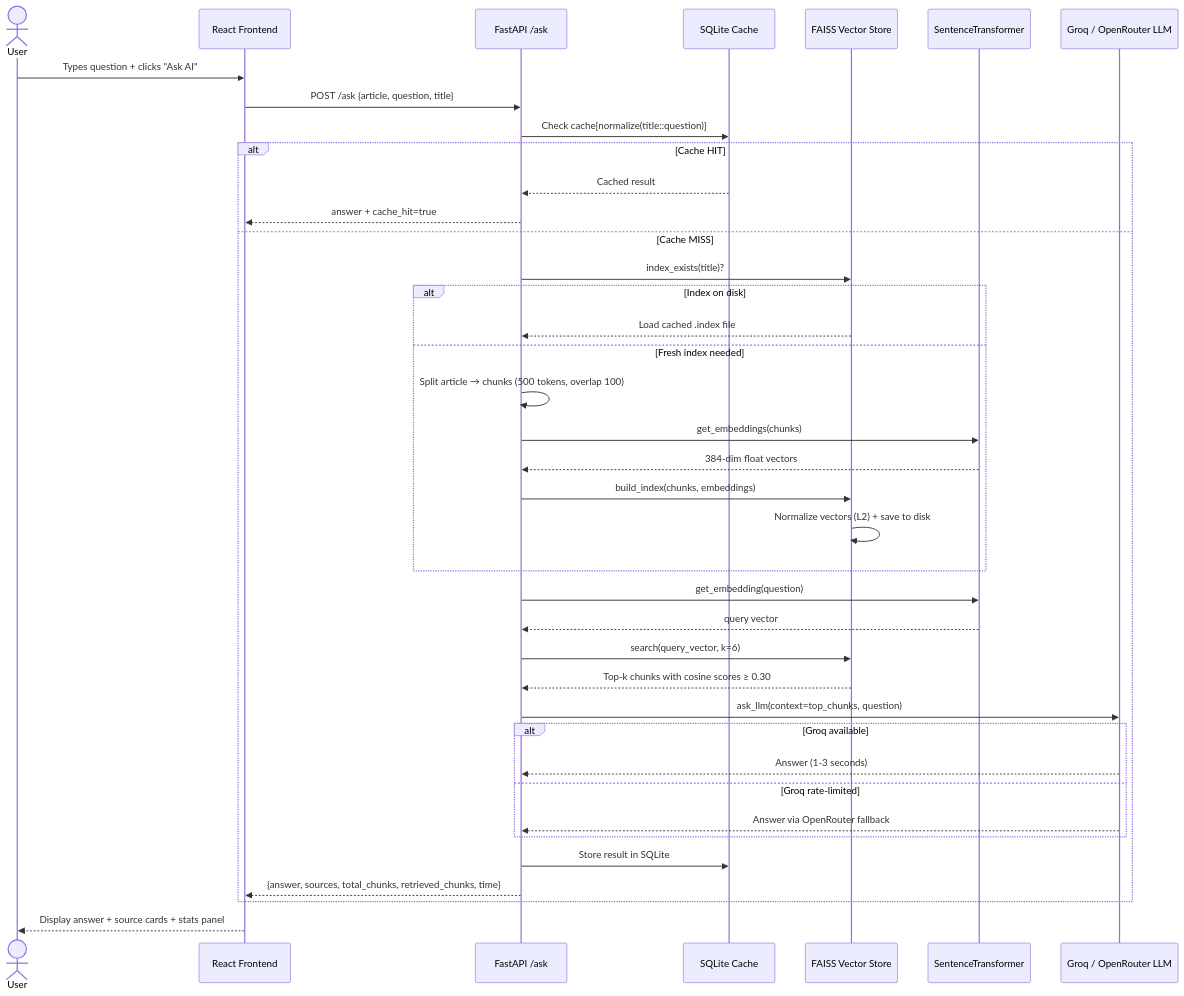
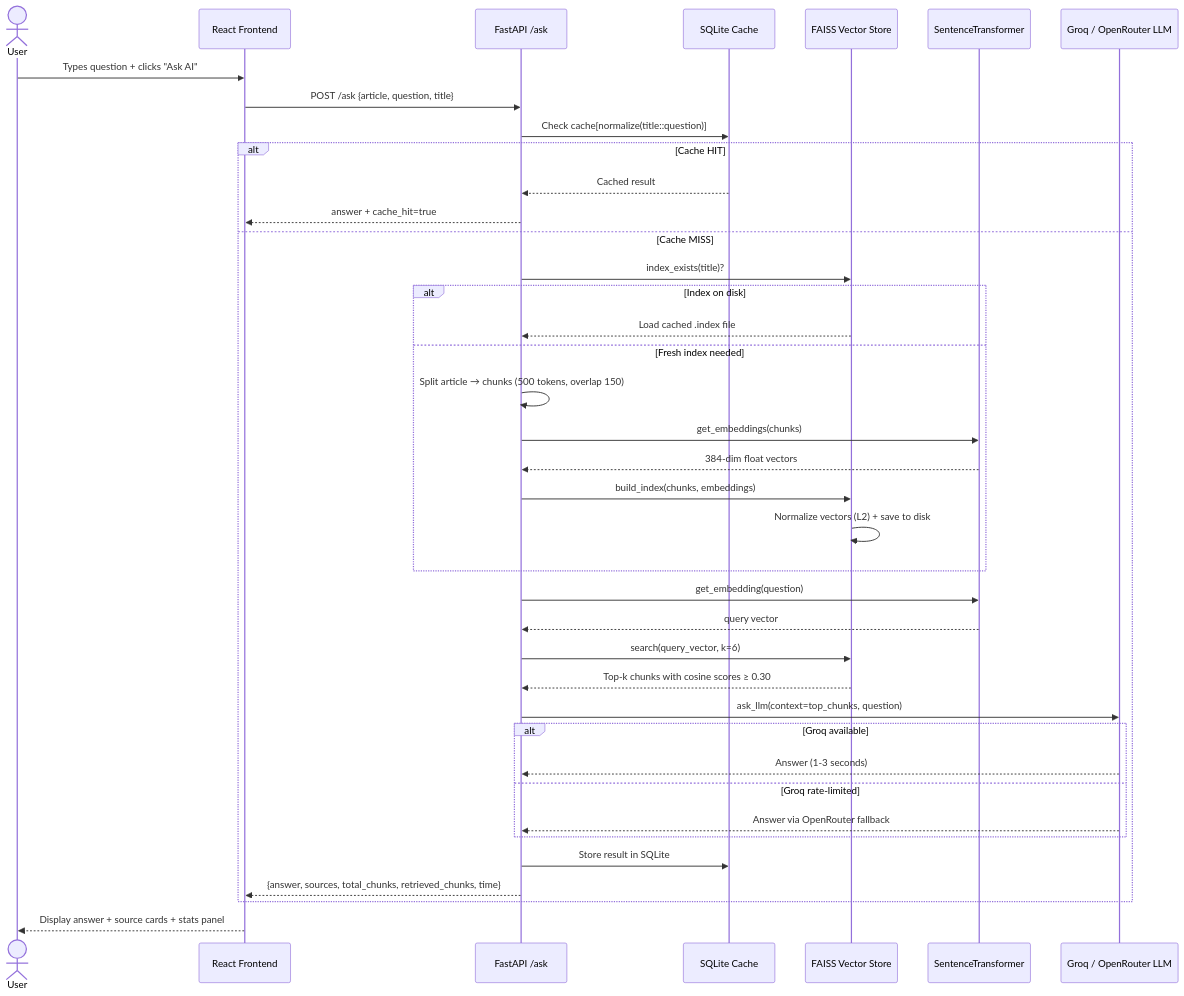
The second of 2 diagrams in README.md (sarthak102005/ai-wikipedia-rag), drawn with Mermaid before and after one commit. The commit also changed 27 other files, not shown here.

````diff
--- a/README.md
+++ b/README.md
@@ -155,42 +155,42 @@
 ```mermaid
 sequenceDiagram
     actor User
     participant React as React Frontend
     participant FastAPI as FastAPI /ask
     participant Cache as SQLite Cache
     participant FAISS as FAISS Vector Store
     participant Embed as SentenceTransformer
     participant LLM as Groq / OpenRouter LLM
 
     User->>React: Types question + clicks "Ask AI"
     React->>FastAPI: POST /ask {article, question, title}
     FastAPI->>Cache: Check cache[normalize(title::question)]
     alt Cache HIT
         Cache-->>FastAPI: Cached result
         FastAPI-->>React: answer + cache_hit=true
     else Cache MISS
         FastAPI->>FAISS: index_exists(title)?
         alt Index on disk
             FAISS-->>FastAPI: Load cached .index file
         else Fresh index needed
-            FastAPI->>FastAPI: Split article → chunks (500 tokens, overlap 100)
+            FastAPI->>FastAPI: Split article → chunks (500 tokens, overlap 150)
             FastAPI->>Embed: get_embeddings(chunks)
             Embed-->>FastAPI: 384-dim float vectors
             FastAPI->>FAISS: build_index(chunks, embeddings)
             FAISS->>FAISS: Normalize vectors (L2) + save to disk
         end
         FastAPI->>Embed: get_embedding(question)
         Embed-->>FastAPI: query vector
         FastAPI->>FAISS: search(query_vector, k=6)
         FAISS-->>FastAPI: Top-k chunks with cosine scores ≥ 0.30
         FastAPI->>LLM: ask_llm(context=top_chunks, question)
         alt Groq available
             LLM-->>FastAPI: Answer (1-3 seconds)
         else Groq rate-limited
             LLM-->>FastAPI: Answer via OpenRouter fallback
         end
         FastAPI->>Cache: Store result in SQLite
         FastAPI-->>React: {answer, sources, total_chunks, retrieved_chunks, time}
     end
     React-->>User: Display answer + source cards + stats panel
 ```
````
